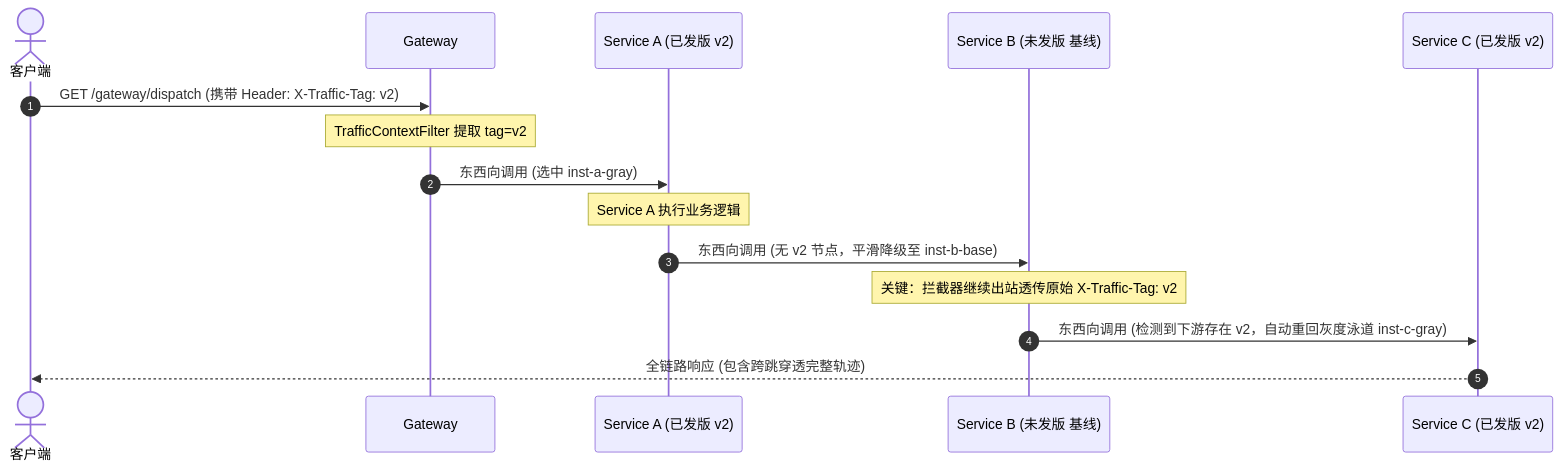
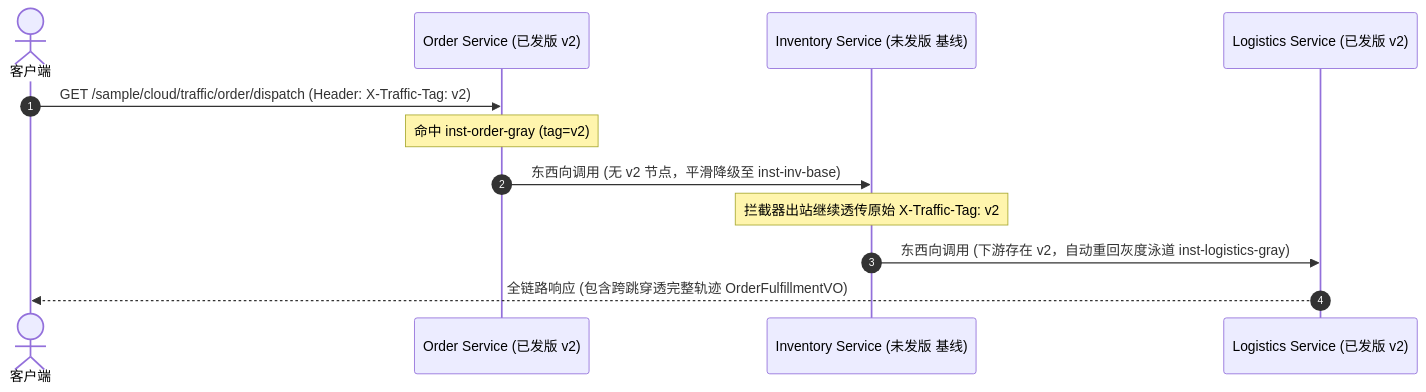
Before and after one commit to atengk/ateng-cloud: the third of 3 diagrams in ateng-cloud-traffic/README.md, drawn with Mermaid. The commit also changed other lines of this file and 2 other files, not shown here.

Commit message:
docs(traffic): 双 README 极简体验卡与五维生产就绪文档大闭环 (#151)

````diff
--- a/ateng-cloud-traffic/README.md
+++ b/ateng-cloud-traffic/README.md
@@ -538,18 +138,15 @@
 ```mermaid
 sequenceDiagram
     autonumber
     actor Client as 客户端
-    participant GW as Gateway
-    participant SA as Service A (已发版 v2)
-    participant SB as Service B (未发版 基线)
-    participant SC as Service C (已发版 v2)
+    participant OS as Order Service (已发版 v2)
+    participant IS as Inventory Service (未发版 基线)
+    participant LS as Logistics Service (已发版 v2)
 
-    Client->>GW: GET /gateway/dispatch (携带 Header: X-Traffic-Tag: v2)
-    Note over GW: TrafficContextFilter 提取 tag=v2
-    GW->>SA: 东西向调用 (选中 inst-a-gray)
-    Note over SA: Service A 执行业务逻辑
-    SA->>SB: 东西向调用 (无 v2 节点，平滑降级至 inst-b-base)
-    Note over SB: 关键：拦截器继续出站透传原始 X-Traffic-Tag: v2
-    SB->>SC: 东西向调用 (检测到下游存在 v2，自动重回灰度泳道 inst-c-gray)
-    SC-->>Client: 全链路响应 (包含跨跳穿透完整轨迹)
+    Client->>OS: GET /sample/cloud/traffic/order/dispatch (Header: X-Traffic-Tag: v2)
+    Note over OS: 命中 inst-order-gray (tag=v2)
+    OS->>IS: 东西向调用 (无 v2 节点，平滑降级至 inst-inv-base)
+    Note over IS: 拦截器出站继续透传原始 X-Traffic-Tag: v2
+    IS->>LS: 东西向调用 (下游存在 v2，自动重回灰度泳道 inst-logistics-gray)
+    LS-->>Client: 全链路响应 (包含跨跳穿透完整轨迹 OrderFulfillmentVO)
 ```
````
